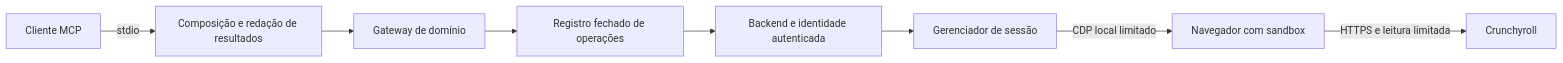
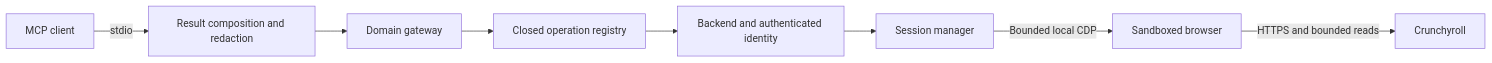
One commit to Itthiago034/mcp-crunchyroll changed the diagram in docs/architecture-review.md. Above: the diagram before and after it, drawn with Mermaid. The commit also changed other lines of this file and 25 other files, not shown here.

````diff
--- a/docs/architecture-review.md
+++ b/docs/architecture-review.md
@@ -11,10 +13,10 @@
 ```mermaid
 flowchart LR
-  Client[Cliente MCP] -->|stdio| Root[Composição e redação de resultados]
-  Root --> Gateway[Gateway de domínio]
-  Gateway --> Registry[Registro fechado de operações]
-  Registry --> Backend[Backend e identidade autenticada]
-  Backend --> Session[Gerenciador de sessão]
-  Session -->|CDP local limitado| Browser[Navegador com sandbox]
-  Browser -->|HTTPS e leitura limitada| Provider[Crunchyroll]
+  Client[MCP client] -->|stdio| Root[Result composition and redaction]
+  Root --> Gateway[Domain gateway]
+  Gateway --> Registry[Closed operation registry]
+  Registry --> Backend[Backend and authenticated identity]
+  Backend --> Session[Session manager]
+  Session -->|Bounded local CDP| Browser[Sandboxed browser]
+  Browser -->|HTTPS and bounded reads| Provider[Crunchyroll]
 ```
````
